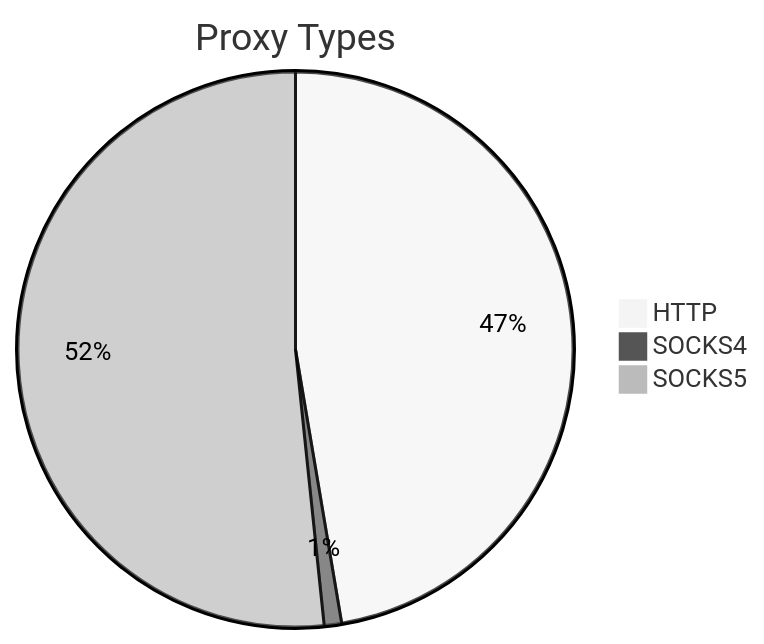
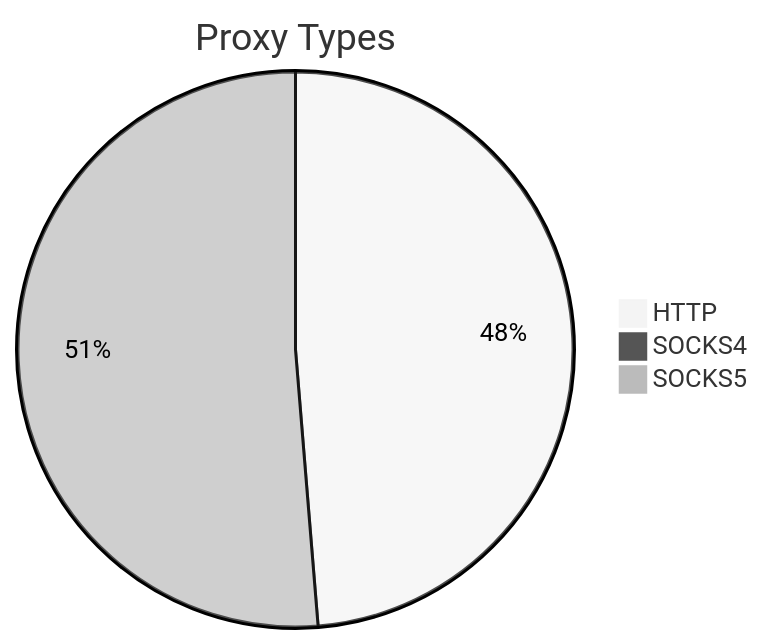
Before and after one commit to stormsia/proxy-list: the first of 2 diagrams in README.md, drawn with Mermaid (neutral theme). The commit also changed other lines of this file, not shown here.

````diff
--- a/README.md
+++ b/README.md
@@ -21,6 +21,6 @@
 ```mermaid
 pie title Proxy Types
-    "HTTP" : 1076
-    "SOCKS4" : 23
-    "SOCKS5" : 1174
+    "HTTP" : 656
+    "SOCKS4" : 12
+    "SOCKS5" : 691
 ```
````
